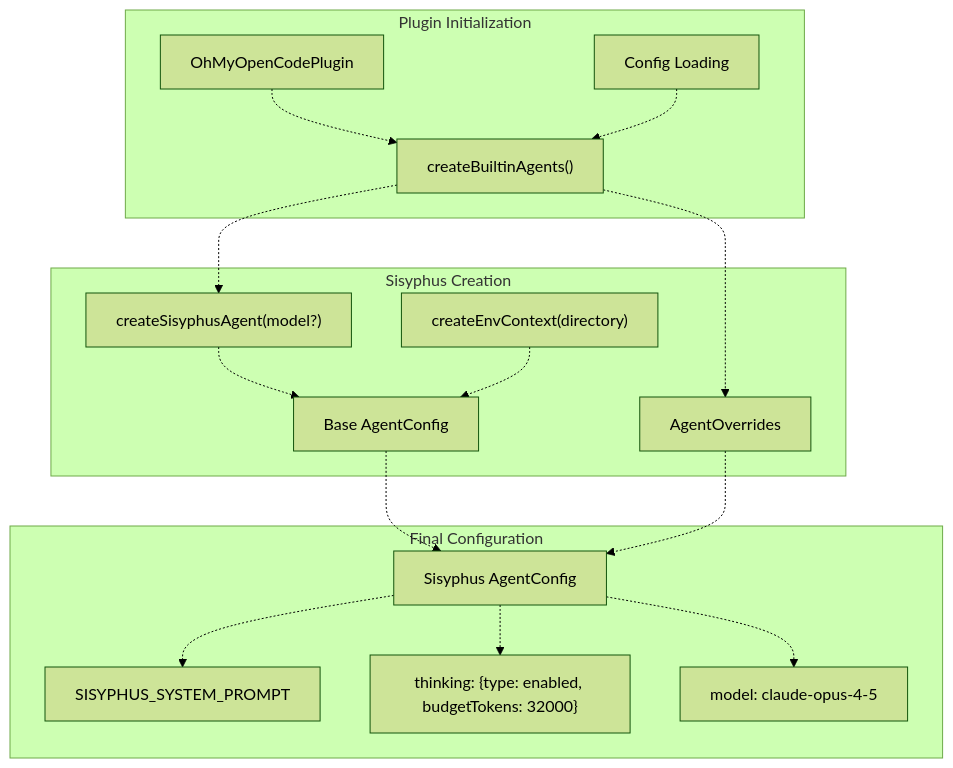
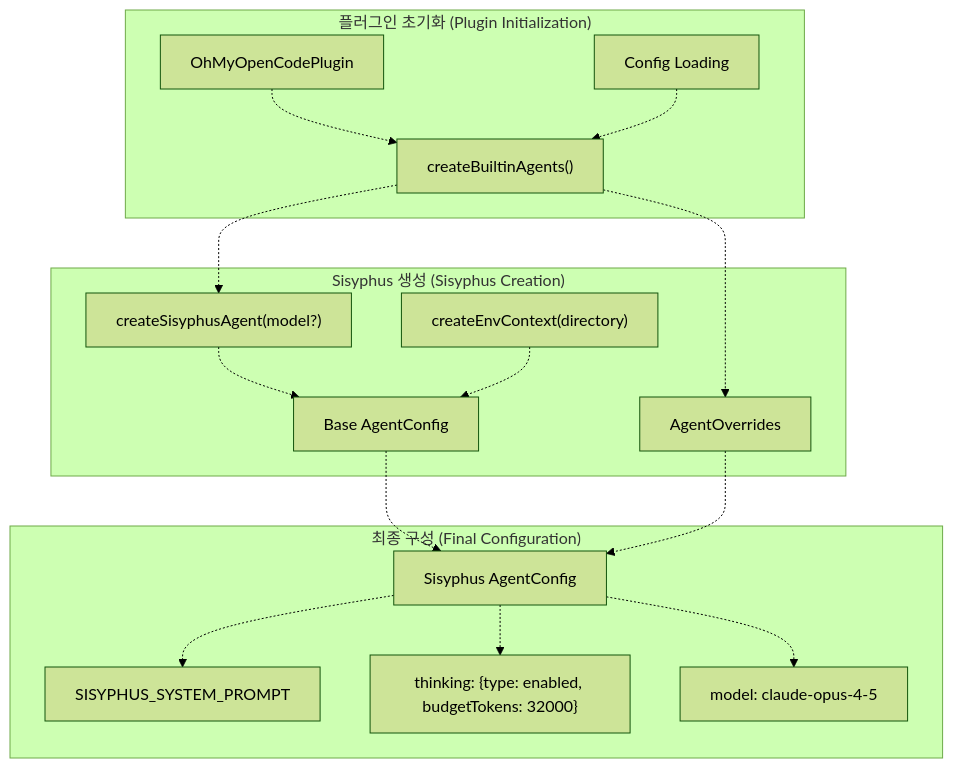
Before and after one commit to felipetruman/oh-my-opencode-docs: the first of 4 diagrams in docs/agents/sisyphus-orchestrator.md, drawn with Mermaid (forest theme). The commit also changed other lines of this file and 76 other files, not shown here.

````diff
--- a/docs/agents/sisyphus-orchestrator.md
+++ b/docs/agents/sisyphus-orchestrator.md
@@ -45,47 +44,47 @@
 ```mermaid
 flowchart TD
 
 Plugin["OhMyOpenCodePlugin"]
 Factory["createBuiltinAgents()"]
 Config["Config Loading"]
 SisFactory["createSisyphusAgent(model?)"]
 BaseConfig["Base AgentConfig"]
 EnvContext["createEnvContext(directory)"]
 Overrides["AgentOverrides"]
 Sisyphus["Sisyphus AgentConfig"]
 Prompt["SISYPHUS_SYSTEM_PROMPT"]
 Thinking["thinking: {type: enabled, budgetTokens: 32000}"]
 Model["model: claude-opus-4-5"]
 
 Factory -.-> SisFactory
 Factory -.-> Overrides
 BaseConfig -.-> Sisyphus
 Overrides -.-> Sisyphus
 
-subgraph subGraph2 ["Final Configuration"]
+subgraph subGraph2 ["최종 구성 (Final Configuration)"]
     Sisyphus
     Prompt
     Thinking
     Model
     Sisyphus -.-> Prompt
     Sisyphus -.-> Thinking
     Sisyphus -.-> Model
 end
 
-subgraph subGraph1 ["Sisyphus Creation"]
+subgraph subGraph1 ["Sisyphus 생성 (Sisyphus Creation)"]
     SisFactory
     BaseConfig
     EnvContext
     Overrides
     SisFactory -.-> BaseConfig
     EnvContext -.-> BaseConfig
 end
 
-subgraph subGraph0 ["Plugin Initialization"]
+subgraph subGraph0 ["플러그인 초기화 (Plugin Initialization)"]
     Plugin
     Factory
     Config
     Plugin -.-> Factory
     Config -.-> Factory
 end
 ```
````
